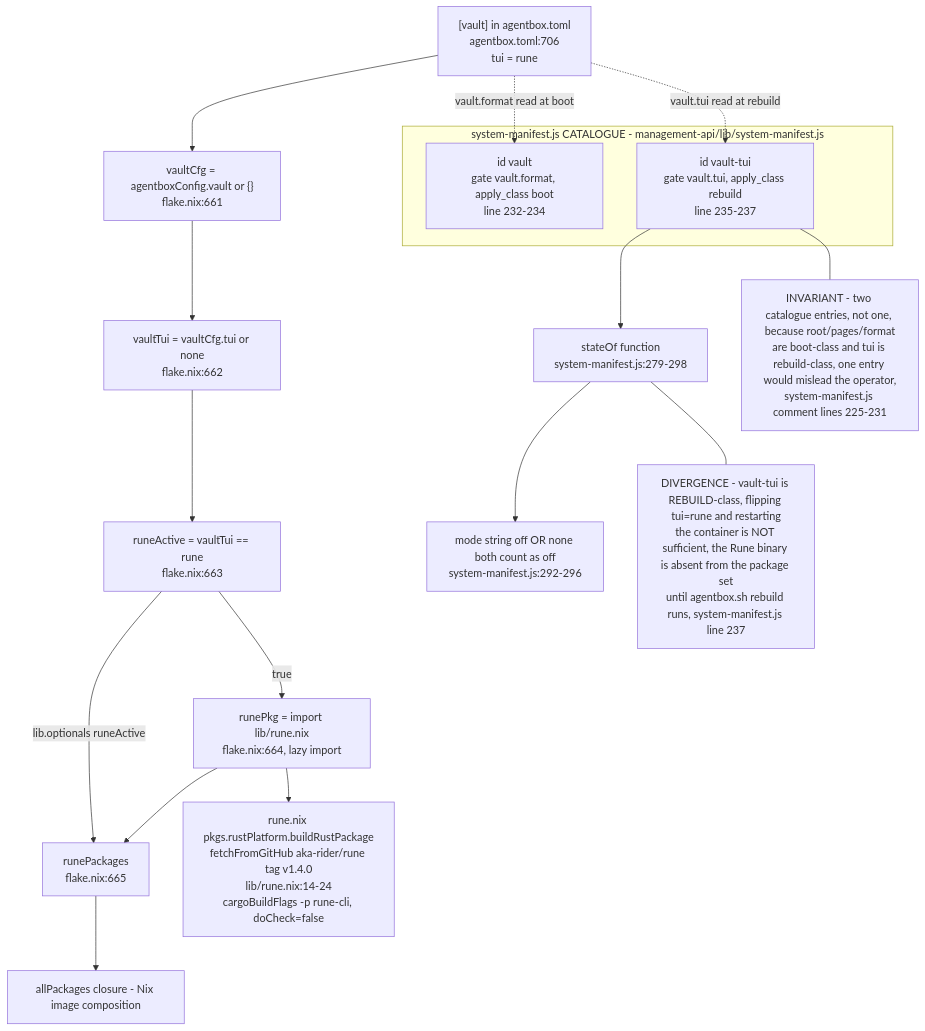
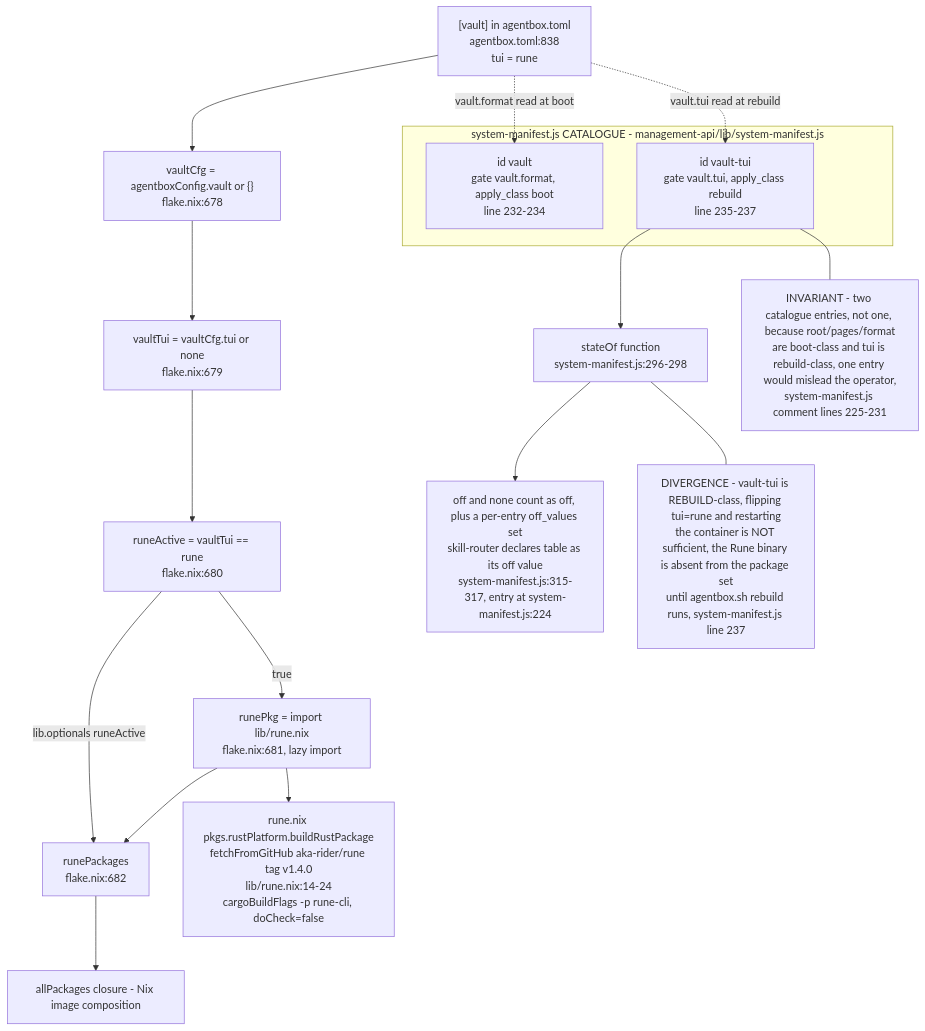
Before and after one commit to DreamLab-AI/VisionFlow: the tenth of 11 diagrams in docs/diagrams/agentbox/01-nix-flake-composition.md, drawn with Mermaid. The commit also changed other lines of this file and 28 other files, not shown here.

````diff
--- a/docs/diagrams/agentbox/01-nix-flake-composition.md
+++ b/docs/diagrams/agentbox/01-nix-flake-composition.md
@@ -403,32 +405,32 @@
 ```mermaid
 flowchart TB
-    TOMLVAULT["[vault] in agentbox.toml<br/>agentbox.toml:706<br/>tui = rune"] --> VAULTCFG["vaultCfg = agentboxConfig.vault or {}<br/>flake.nix:661"]
+    TOMLVAULT["[vault] in agentbox.toml<br/>agentbox.toml:838<br/>tui = rune"] --> VAULTCFG["vaultCfg = agentboxConfig.vault or {}<br/>flake.nix:678"]
 
-    VAULTCFG --> TUIVAL["vaultTui = vaultCfg.tui or none<br/>flake.nix:662"]
-    TUIVAL --> RUNEACTIVE["runeActive = vaultTui == rune<br/>flake.nix:663"]
-    RUNEACTIVE -->|"true"| RUNEPKGIMPORT["runePkg = import lib/rune.nix<br/>flake.nix:664, lazy import"]
-    RUNEACTIVE -->|"lib.optionals runeActive"| RUNEPACKAGES["runePackages<br/>flake.nix:665"]
+    VAULTCFG --> TUIVAL["vaultTui = vaultCfg.tui or none<br/>flake.nix:679"]
+    TUIVAL --> RUNEACTIVE["runeActive = vaultTui == rune<br/>flake.nix:680"]
+    RUNEACTIVE -->|"true"| RUNEPKGIMPORT["runePkg = import lib/rune.nix<br/>flake.nix:681, lazy import"]
+    RUNEACTIVE -->|"lib.optionals runeActive"| RUNEPACKAGES["runePackages<br/>flake.nix:682"]
     RUNEPKGIMPORT --> RUNEPACKAGES
     RUNEPACKAGES --> ALLPKG["allPackages closure - Nix image composition"]
 
     RUNEBUILD["rune.nix pkgs.rustPlatform.buildRustPackage<br/>fetchFromGitHub aka-rider/rune tag v1.4.0<br/>lib/rune.nix:14-24<br/>cargoBuildFlags -p rune-cli, doCheck=false"]
     RUNEPKGIMPORT --> RUNEBUILD
 
     subgraph MANIFEST["system-manifest.js CATALOGUE - management-api/lib/system-manifest.js"]
         VAULTENTRY["id vault<br/>gate vault.format, apply_class boot<br/>line 232-234"]
         VAULTTUIENTRY["id vault-tui<br/>gate vault.tui, apply_class rebuild<br/>line 235-237"]
     end
 
     TOMLVAULT -.->|"vault.format read at boot"| VAULTENTRY
     TOMLVAULT -.->|"vault.tui read at rebuild"| VAULTTUIENTRY
 
-    STATEOF["stateOf function<br/>system-manifest.js:279-298"]
+    STATEOF["stateOf function<br/>system-manifest.js:296-298"]
     VAULTTUIENTRY --> STATEOF
-    STATEOF --> MODESTRING["mode string off OR none both count as off<br/>system-manifest.js:292-296"]
+    STATEOF --> MODESTRING["off and none count as off, plus a per-entry off_values set<br/>skill-router declares table as its off value<br/>system-manifest.js:315-317, entry at system-manifest.js:224"]
 
     NOTE1["INVARIANT - two catalogue entries, not one, because root/pages/format<br/>are boot-class and tui is rebuild-class, one entry would mislead the operator,<br/>system-manifest.js comment lines 225-231"]
     VAULTTUIENTRY --- NOTE1
 
     NOTE2["DIVERGENCE - vault-tui is REBUILD-class, flipping tui=rune and restarting<br/>the container is NOT sufficient, the Rune binary is absent from the package set<br/>until agentbox.sh rebuild runs, system-manifest.js line 237"]
     STATEOF --- NOTE2
 ```
````
